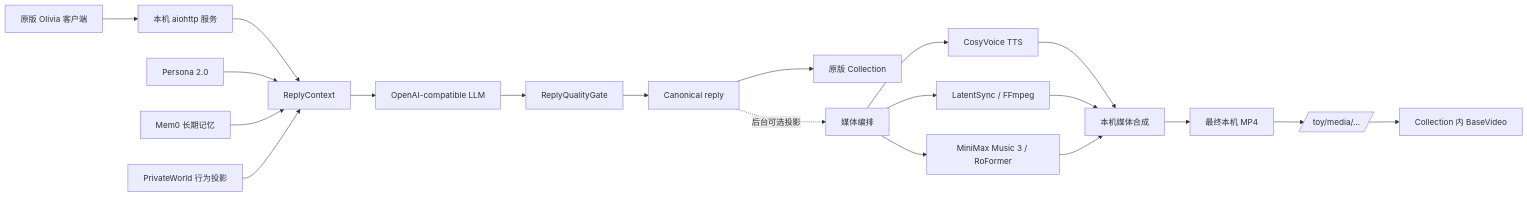
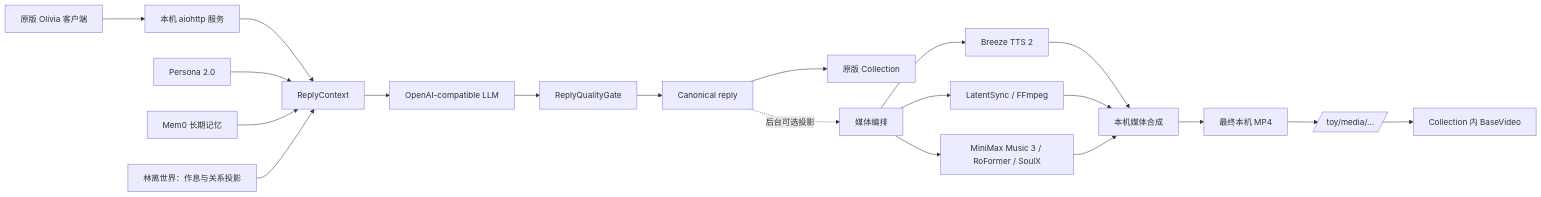
One commit to Ornn8/bside-olivia-community changed the diagram in README.md. Above: the diagram before and after it, drawn with Mermaid. The commit also changed other lines of this file and 6 other files, not shown here.

````diff
--- a/README.md
+++ b/README.md
@@ -41,22 +43,22 @@
 ```mermaid
 flowchart LR
     Client[原版 Olivia 客户端] --> HTTP[本机 aiohttp 服务]
     HTTP --> Context[ReplyContext]
     Persona[Persona 2.0] --> Context
     Memory[Mem0 长期记忆] --> Context
-    World[PrivateWorld 行为投影] --> Context
+    World[林离世界：作息与关系投影] --> Context
     Context --> LLM[OpenAI-compatible LLM]
     LLM --> Gate[ReplyQualityGate]
     Gate --> Canonical[Canonical reply]
     Canonical --> Collection[原版 Collection]
     Canonical -. 后台可选投影 .-> Media[媒体编排]
-    Media --> TTS[CosyVoice TTS]
+    Media --> TTS[Breeze TTS 2]
     Media --> Visual[LatentSync / FFmpeg]
-    Media --> Music[MiniMax Music 3 / RoFormer]
+    Media --> Music[MiniMax Music 3 / RoFormer / SoulX]
     TTS --> Render[本机媒体合成]
     Visual --> Render
     Music --> Render
     Render --> MP4[最终本机 MP4]
     MP4 --> MediaURL[/toy/media/.../]
     MediaURL --> BaseVideo[Collection 内 BaseVideo]
 ```
````
